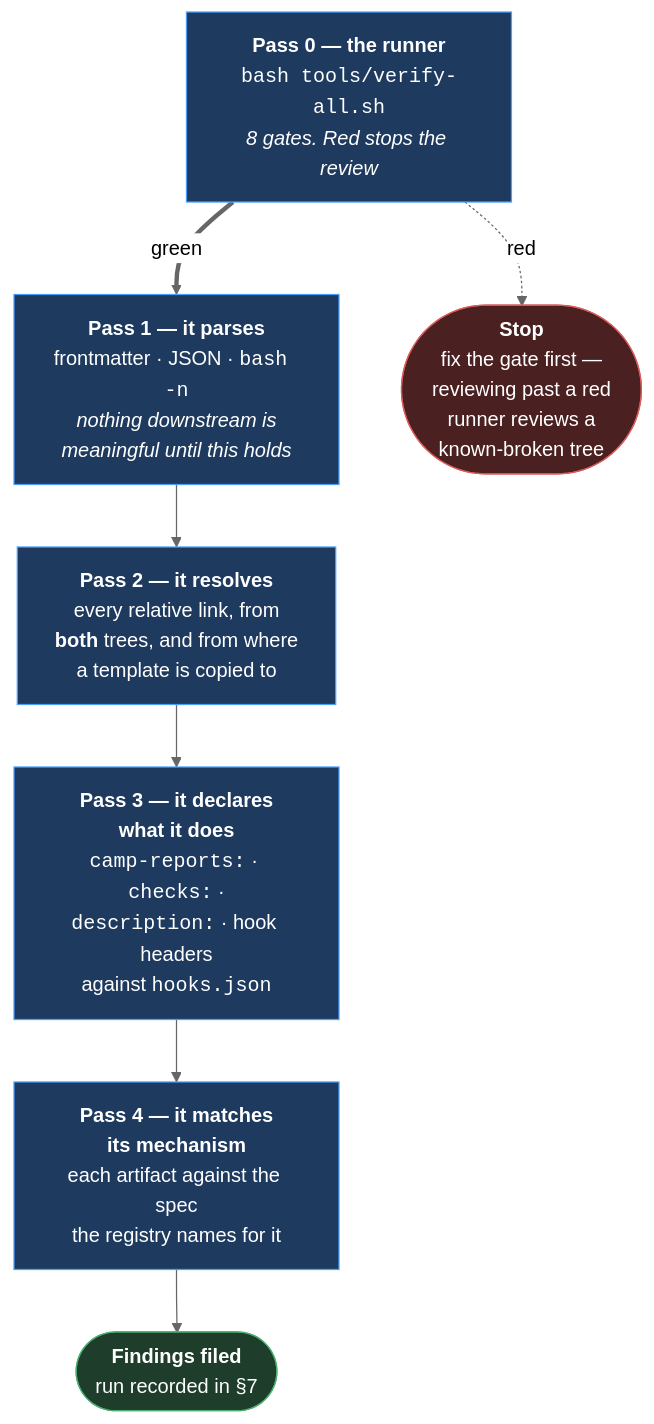
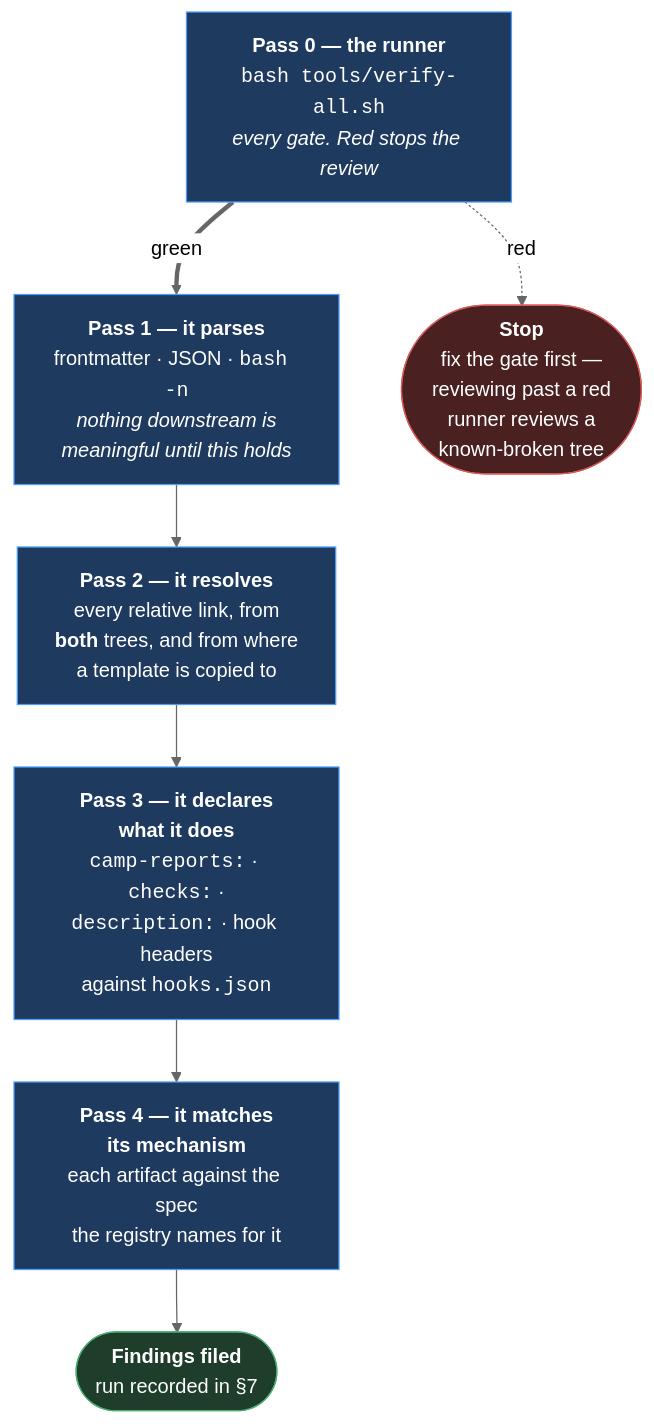
One commit to Calyx-Engineering/arc changed the first of 2 diagrams in docs/release/pre-release-review.md. Above: the diagram before and after it, drawn with Mermaid (neutral theme). The commit also changed other lines of this file and 11 other files, not shown here.

````diff
--- a/docs/release/pre-release-review.md
+++ b/docs/release/pre-release-review.md
@@ -70,16 +70,16 @@
 ```mermaid
 flowchart TB
-    P0["<b>Pass 0 — the runner</b><br/><code>bash tools/verify-all.sh</code><br/><i>8 gates. Red stops the review</i>"]
+    P0["<b>Pass 0 — the runner</b><br/><code>bash tools/verify-all.sh</code><br/><i>every gate. Red stops the review</i>"]
     P0 ==>|green| P1["<b>Pass 1 — it parses</b><br/>frontmatter · JSON · <code>bash -n</code><br/><i>nothing downstream is<br/>meaningful until this holds</i>"]
     P0 -.->|red| STOP(["<b>Stop</b><br/>fix the gate first —<br/>reviewing past a red<br/>runner reviews a<br/>known-broken tree"])
     P1 --> P2["<b>Pass 2 — it resolves</b><br/>every relative link, from<br/><b>both</b> trees, and from where<br/>a template is copied to"]
     P2 --> P3["<b>Pass 3 — it declares<br/>what it does</b><br/><code>camp-reports:</code> · <code>checks:</code> ·<br/><code>description:</code> · hook headers<br/>against <code>hooks.json</code>"]
     P3 --> P4["<b>Pass 4 — it matches<br/>its mechanism</b><br/>each artifact against the spec<br/>the registry names for it"]
     P4 --> DONE(["<b>Findings filed</b><br/>run recorded in §7"])
     classDef n fill:#1e3a5f,stroke:#4a9eff,color:#fff
     classDef g fill:#1f3d2b,stroke:#4caf70,color:#fff
     classDef x fill:#4a2020,stroke:#d95b5b,color:#fff
     class P0,P1,P2,P3,P4 n
     class DONE g
     class STOP x
 ```
````
